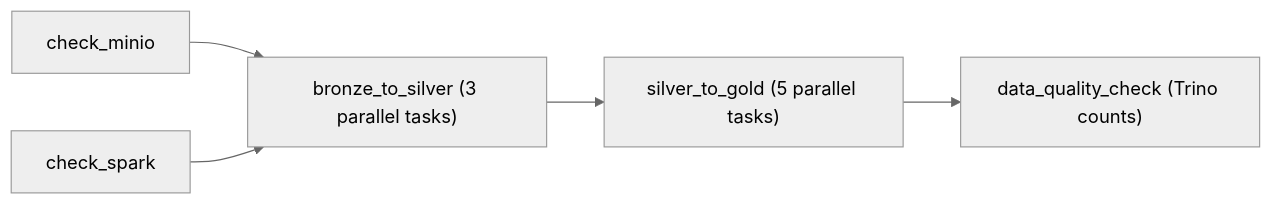
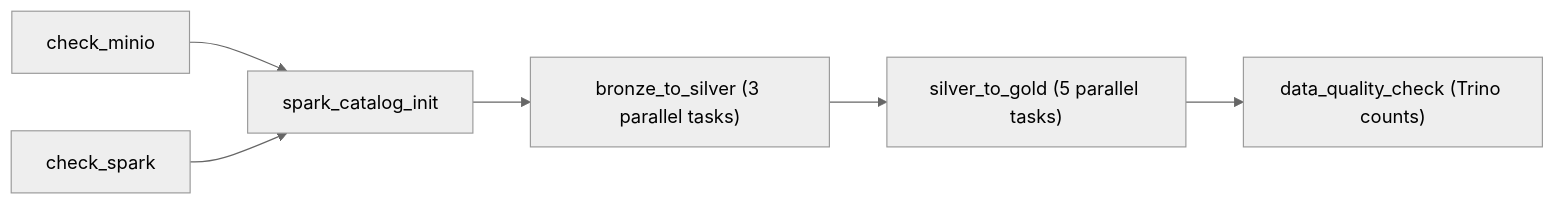
One commit to AndrewVerenich/data-pipelines changed the fourth of 4 diagrams in banking-lakehouse/README.md. Above: the diagram before and after it, drawn with Mermaid (neutral theme). The commit also changed other lines of this file and 17 other files, not shown here.

````diff
--- a/banking-lakehouse/README.md
+++ b/banking-lakehouse/README.md
@@ -140,7 +143,8 @@
 ```mermaid
 flowchart LR
-  C1["check_minio"] --> B["bronze_to_silver (3 parallel tasks)"]
-  C2["check_spark"] --> B
+  C1["check_minio"] --> I["spark_catalog_init"]
+  C2["check_spark"] --> I
+  I --> B["bronze_to_silver (3 parallel tasks)"]
   B --> G["silver_to_gold (5 parallel tasks)"]
   G --> Q["data_quality_check (Trino counts)"]
 ```
````
